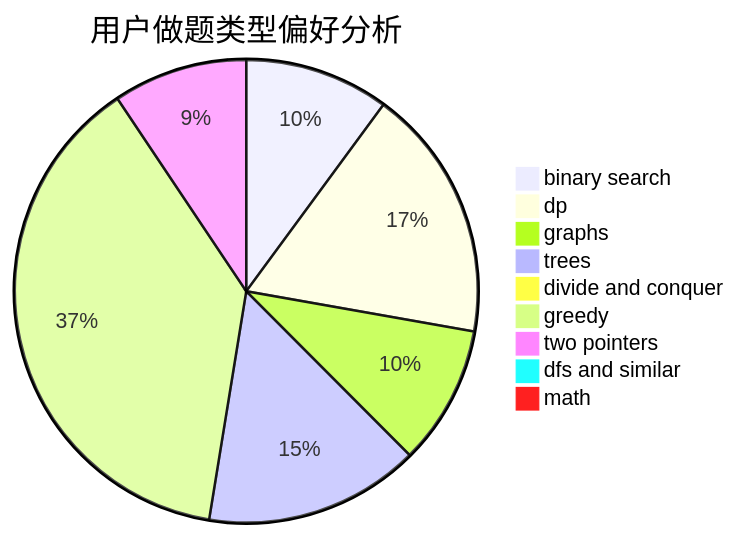
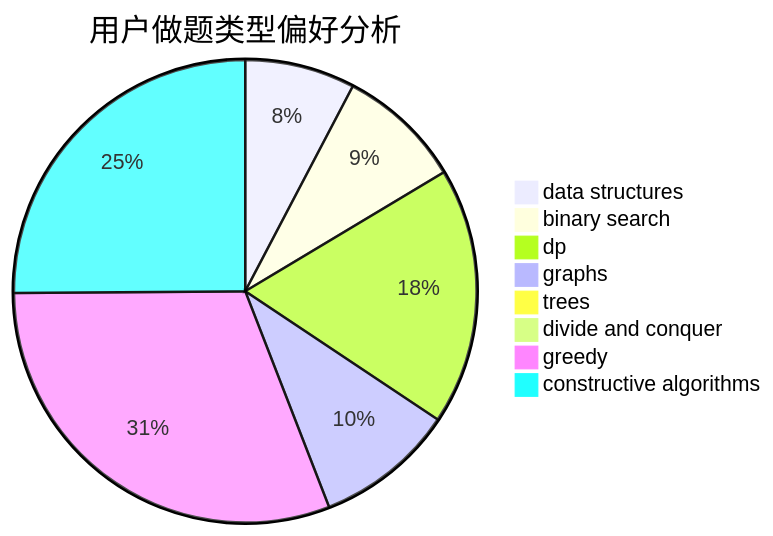
One commit to sherpahu/cfrs.github.io changed the second of 3 diagrams in docs/user/u1387.md. Above: the diagram before and after it, drawn with Mermaid. The commit also changed other lines of this file and 2775 other files, not shown here.

````diff
--- a/docs/user/u1387.md
+++ b/docs/user/u1387.md
@@ -23,12 +23,11 @@
 ```mermaid
 pie title 用户做题类型偏好分析
-    "binary search" :  57
-    "dp" :  100
-    "graphs" :  55
-    "trees" :  85
-    "divide and conquer" :  5
-    "greedy" :  215
-    "two pointers" :  53
-    "dfs and similar" :  2
-    "math" :  2
+    "data structures" :  30
+    "binary search" :  34
+    "dp" :  70
+    "graphs" :  38
+    "trees" :  0
+    "divide and conquer" :  0
+    "greedy" :  120
+    "constructive algorithms" :  98
 ```
````
